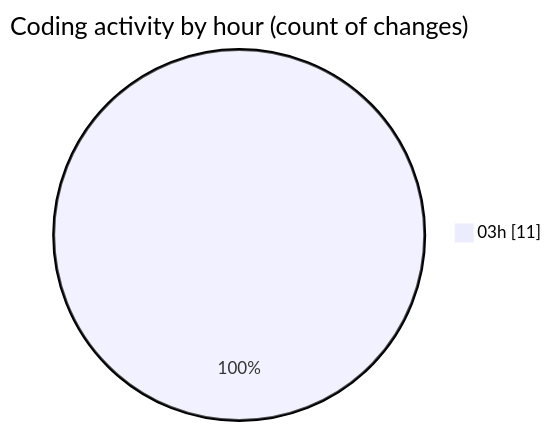
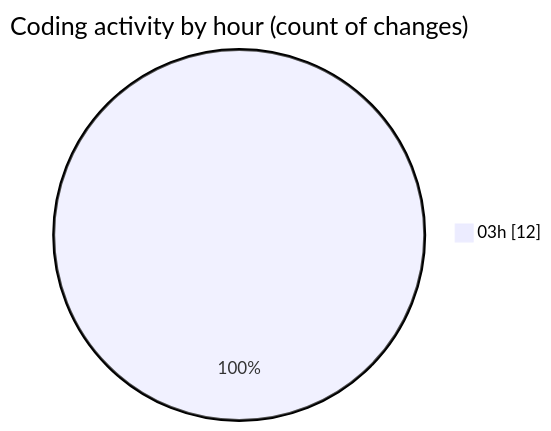
One commit to shibass792/code-tracking changed the second of 2 diagrams in 2026-07-15/shibass-ai/README.md. Above: the diagram before and after it, drawn with Mermaid. The commit also changed other lines of this file and 1 other file, not shown here.

````diff
--- a/2026-07-15/shibass-ai/README.md
+++ b/2026-07-15/shibass-ai/README.md
@@ -34,5 +34,5 @@
 ```mermaid
 pie showData
 title Coding activity by hour (count of changes)
-"03h" : 11
+"03h" : 12
 ```
````
